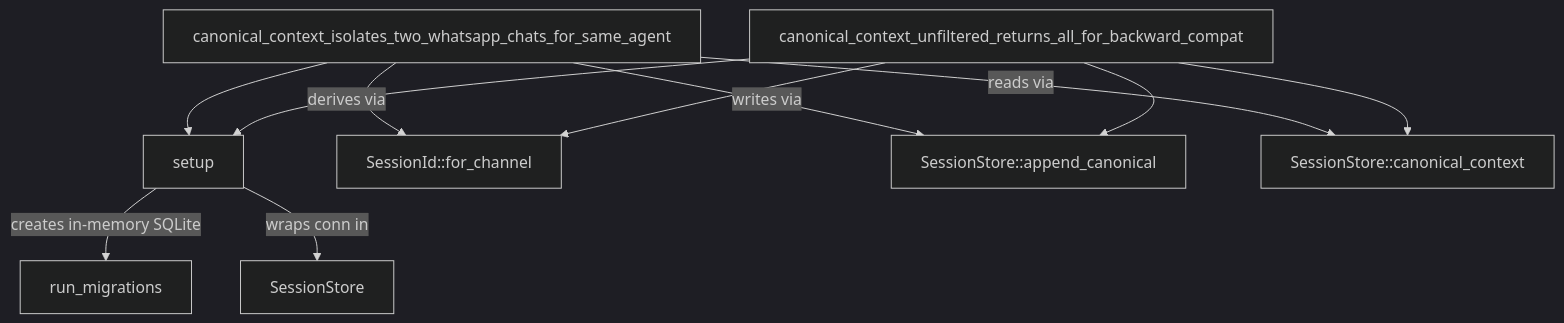
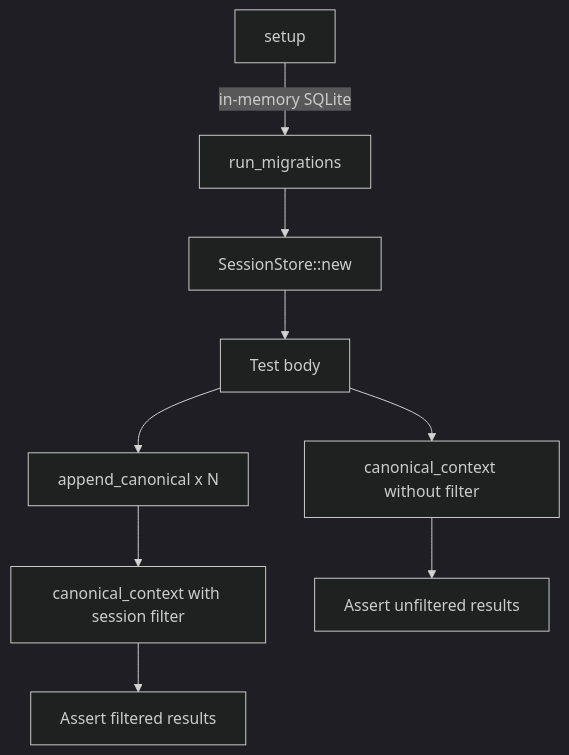
The diagram in other-librefang-memory-tests.md (leszek3737/librefang-WIki), drawn with Mermaid (dark theme) before and after one commit. The commit also changed other lines of this file and 99 other files, not shown here.

````diff
--- a/other-librefang-memory-tests.md
+++ b/other-librefang-memory-tests.md
@@ -13,13 +91,11 @@
 ```mermaid
-graph TD
-    A[setup] -->|creates in-memory SQLite| B[run_migrations]
-    A -->|wraps conn in| C[SessionStore]
-    D[canonical_context_isolates_two_whatsapp_chats_for_same_agent] --> A
-    D -->|derives via| E[SessionId::for_channel]
-    D -->|writes via| F[SessionStore::append_canonical]
-    D -->|reads via| G[SessionStore::canonical_context]
-    H[canonical_context_unfiltered_returns_all_for_backward_compat] --> A
-    H --> E
-    H --> F
-    H --> G
+flowchart TD
+    A[setup] -->|in-memory SQLite| B[run_migrations]
+    B --> C[SessionStore::new]
+    C --> D[Test body]
+    D --> E[append_canonical x N]
+    E --> F[canonical_context with session filter]
+    F --> G[Assert filtered results]
+    D --> H[canonical_context without filter]
+    H --> I[Assert unfiltered results]
 ```
````
